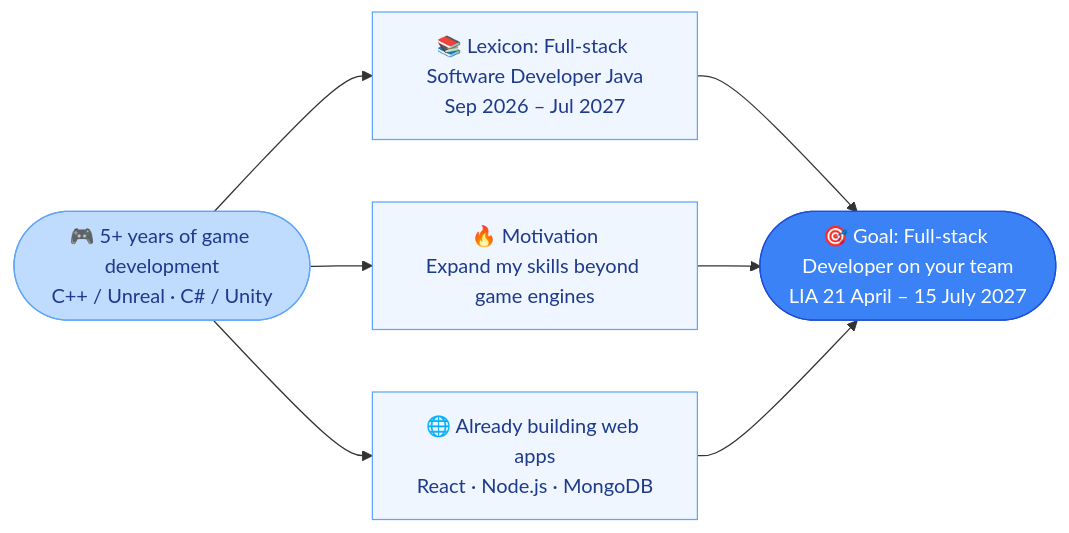
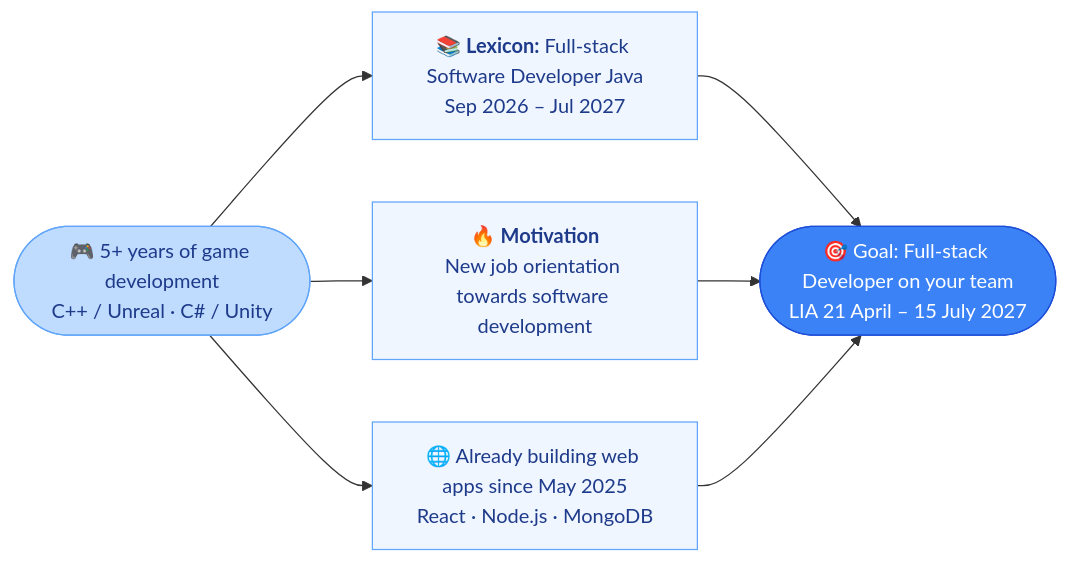
One commit to IsaVII/IsaVII changed the diagram in README.md. Above: the diagram before and after it, drawn with Mermaid.

Commit message:
Refine motivation and timeline details in README flowchart

````diff
--- a/README.md
+++ b/README.md
@@ -30,17 +30,17 @@
 ```mermaid
 flowchart LR
-    A(["🎮 5+ years of game development<br/>C++ / Unreal · C# / Unity"]) --> B["📚 Lexicon: Full-stack Software Developer Java<br/>Sep 2026 – Jul 2027"]
-    A --> C["🔥 Motivation<br/>Expand my skills beyond game engines"]
-    A --> E["🌐 Already building web apps<br/>React · Node.js · MongoDB"]
+    A(["🎮 5+ years of game development<br/>C++ / Unreal · C# / Unity"]) --> B["📚 <b>Lexicon:</b> Full-stack Software Developer Java<br/>Sep 2026 – Jul 2027"]
+    A --> C["🔥 <b>Motivation</b><br/>New job orientation towards software development"]
+    A --> E["🌐 Already building web apps since May 2025<br/>React · Node.js · MongoDB"]
     B --> D(["🎯 Goal: Full-stack Developer on your team<br/>LIA 21 April – 15 July 2027"])
     C --> D
     E --> D
 
     classDef start fill:#bfdbfe,stroke:#60a5fa,color:#1e3a8a
     classDef step fill:#eff6ff,stroke:#60a5fa,color:#1e3a8a
     classDef goal fill:#3b82f6,stroke:#1d4ed8,color:#fff
 
     class A start
     class B,C,E step
     class D goal
 ```
````
